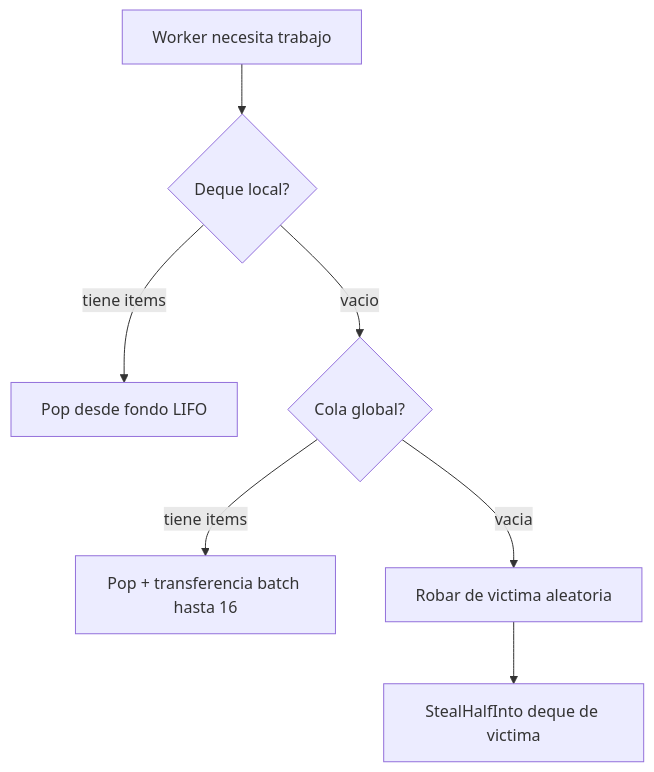
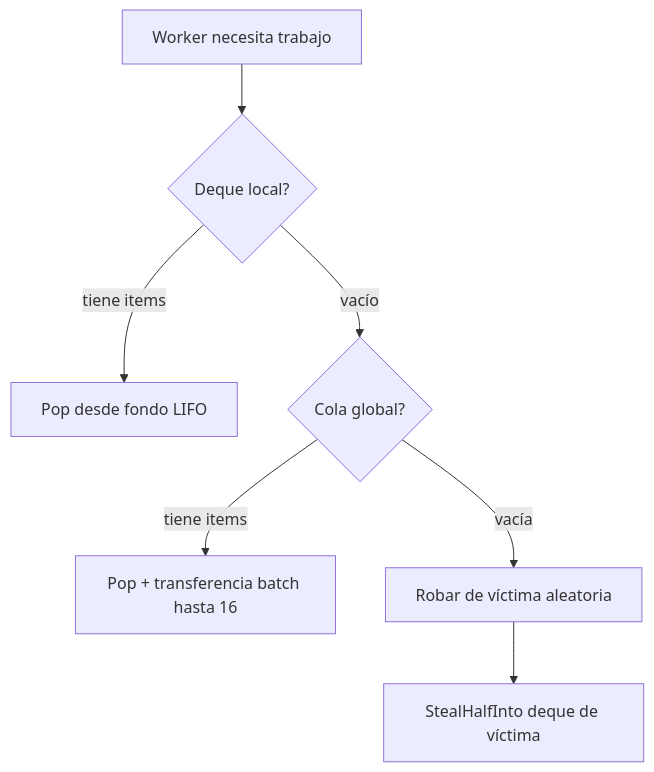
One commit to wippyai/docs changed the first of 2 diagrams in es/internals/scheduler.md. Above: the diagram before and after it, drawn with Mermaid. The commit also changed other lines of this file and 196 other files, not shown here.

````diff
--- a/es/internals/scheduler.md
+++ b/es/internals/scheduler.md
@@ -42,9 +42,9 @@
 ```mermaid
 flowchart TD
     W[Worker necesita trabajo] --> L{Deque local?}
     L -->|tiene items| LP[Pop desde fondo LIFO]
-    L -->|vacio| G{Cola global?}
+    L -->|vacío| G{Cola global?}
     G -->|tiene items| GP[Pop + transferencia batch hasta 16]
-    G -->|vacia| S[Robar de victima aleatoria]
-    S --> SH[StealHalfInto deque de victima]
+    G -->|vacía| S[Robar de víctima aleatoria]
+    S --> SH[StealHalfInto deque de víctima]
 ```
````
